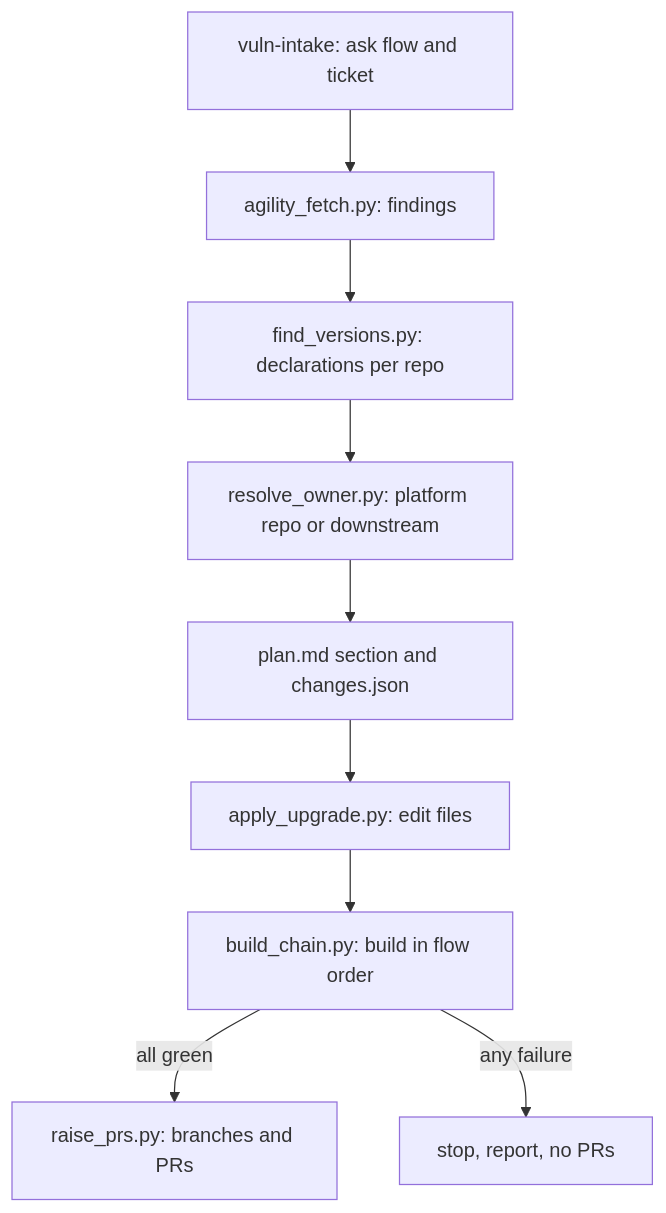
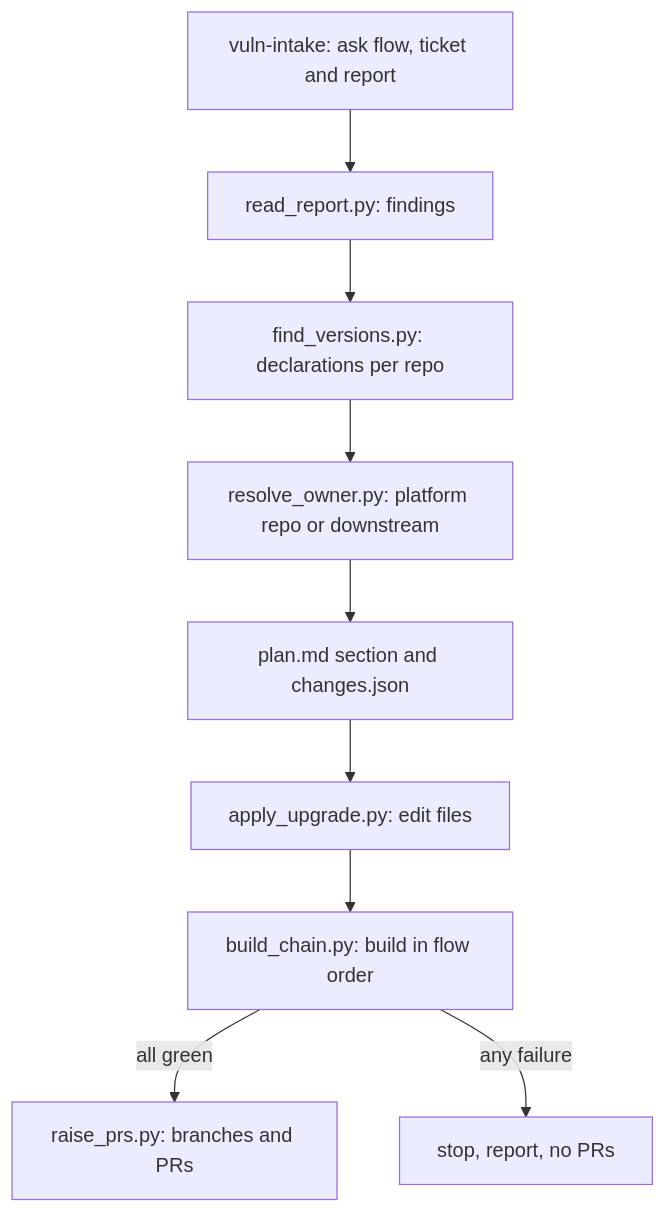
One commit to nitheshrayuduv/sdlc-skills changed the diagram in speckit-extensions/engineering-build/docs/specs/engineering-vulnerability-upgrade-spec.md. Above: the diagram before and after it, drawn with Mermaid. The commit also changed other lines of this file and 20 other files, not shown here.

````diff
--- a/speckit-extensions/engineering-build/docs/specs/engineering-vulnerability-upgrade-spec.md
+++ b/speckit-extensions/engineering-build/docs/specs/engineering-vulnerability-upgrade-spec.md
@@ -97,11 +97,11 @@
 ```mermaid
 flowchart TD
-  A["vuln-intake: ask flow and ticket"] --> B["agility_fetch.py: findings"]
+  A["vuln-intake: ask flow, ticket and report"] --> B["read_report.py: findings"]
   B --> C["find_versions.py: declarations per repo"]
   C --> D["resolve_owner.py: platform repo or downstream"]
   D --> E["plan.md section and changes.json"]
   E --> F["apply_upgrade.py: edit files"]
   F --> G["build_chain.py: build in flow order"]
   G -->|all green| H["raise_prs.py: branches and PRs"]
   G -->|any failure| I["stop, report, no PRs"]
 ```
````
